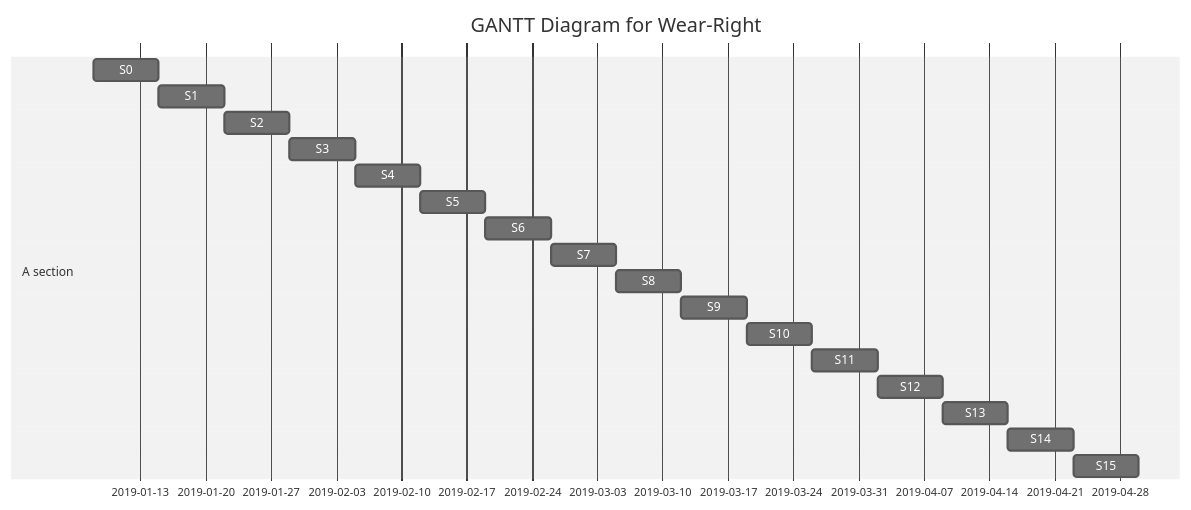
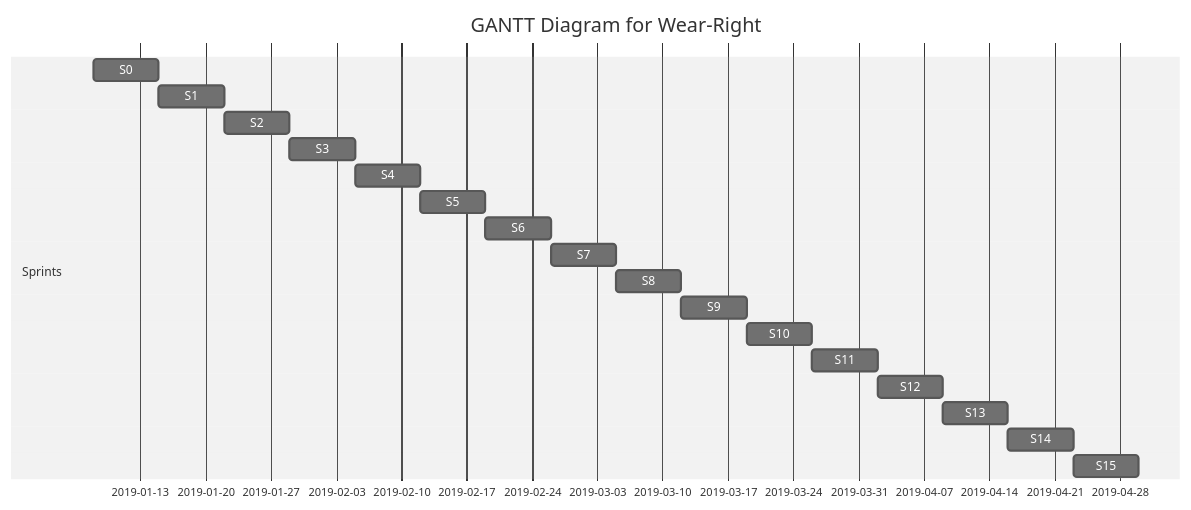
The diagram in dokumentit/01-projektinhallinta/projektisuunnitelma.md (martimik/Wear-right-core), drawn with Mermaid (neutral theme) before and after one commit.

````diff
--- a/dokumentit/01-projektinhallinta/projektisuunnitelma.md
+++ b/dokumentit/01-projektinhallinta/projektisuunnitelma.md
@@ -99,23 +99,23 @@
 ```mermaid
 gantt
         dateFormat  YYYY-MM-DD
         title GANTT Diagram for Wear-Right
-        section A section
+        section Sprints
         S0            :  des1, 2019-01-08, 2019-01-15
         S1            :  des2, after des1, 1w
         S2            :  des3, after des2, 1w
         S3            :  des4, after des3, 1w
         S4            :  des5, after des4, 1w
         S5            :  des6, after des5, 1w
         S6            :  des7, after des6, 1w
         S7            :  des8, after des7, 1w
         S8            :  des9, after des8, 1w
         S9            :  des10, after des9, 1w
         S10           :  des11, after des10, 1w
         S11           :  des12, after des11, 1w
         S12            : des13, after des12, 1w
         S13            : des14, after des13, 1w
         S14            : des15, after des14, 1w
         S15            : des16, after des15, 1w
 
 ```
````
